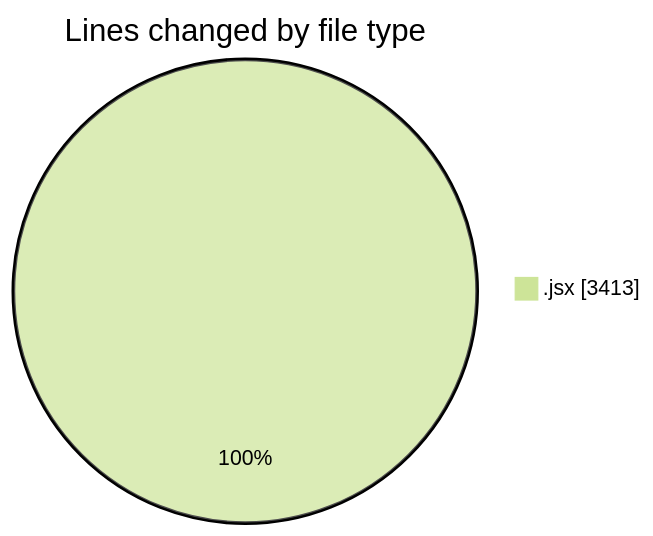
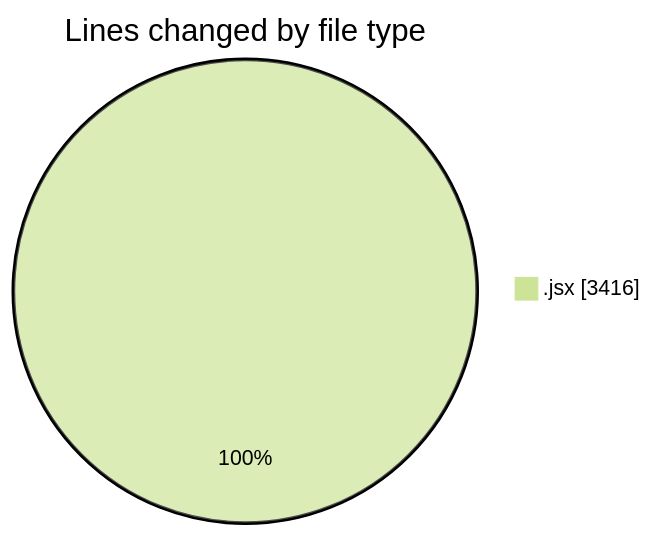
One commit to nxtqubesakshisongat/code-tracking changed the first of 2 diagrams in 2025-09-09/nxtqube_webapp/README.md. Above: the diagram before and after it, drawn with Mermaid (forest theme). The commit also changed other lines of this file and 1 other file, not shown here.

````diff
--- a/2025-09-09/nxtqube_webapp/README.md
+++ b/2025-09-09/nxtqube_webapp/README.md
@@ -21,5 +21,5 @@
 ```mermaid
 pie showData
 title Lines changed by file type
-".jsx" : 3413
+".jsx" : 3416
 ```
````
